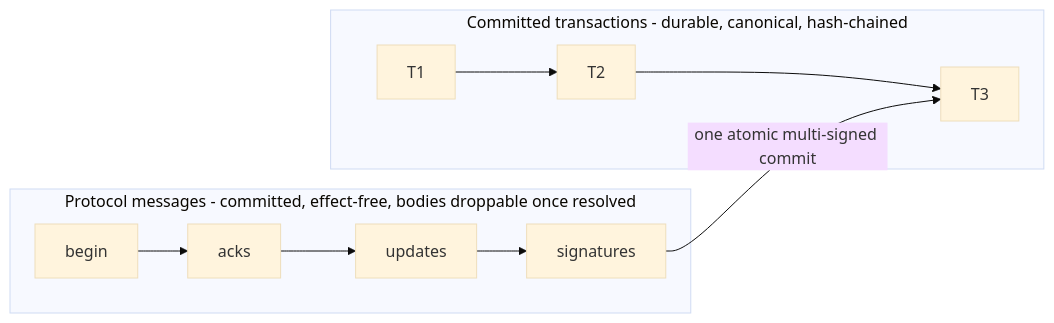
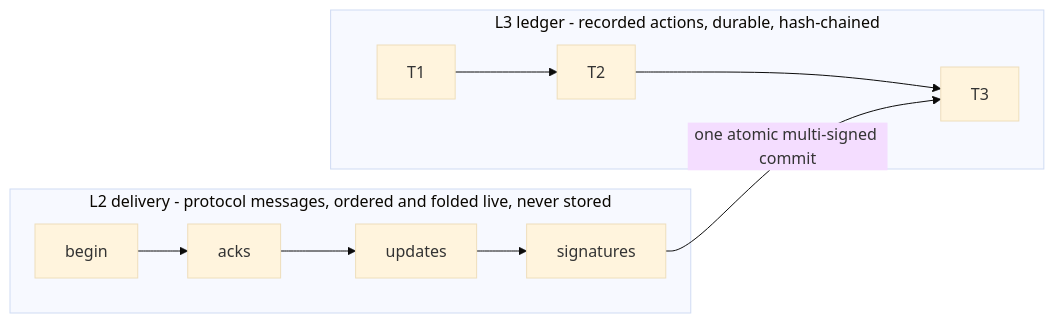
The second of 2 diagrams in docs/spec/data-plane.md (chughtapan/moltzap), drawn with Mermaid (base theme) before and after one commit. The commit also changed other lines of this file and 7 other files, not shown here.

````diff
--- a/docs/spec/data-plane.md
+++ b/docs/spec/data-plane.md
@@ -188,10 +188,10 @@
 ```mermaid
 flowchart LR
-  subgraph Rounds["Protocol messages - committed, effect-free, bodies droppable once resolved"]
+  subgraph Rounds["L2 delivery - protocol messages, ordered and folded live, never stored"]
     P[begin] --> K[acks] --> X[updates] --> S[signatures]
   end
-  subgraph Ledger["Committed transactions - durable, canonical, hash-chained"]
+  subgraph Ledger["L3 ledger - recorded actions, durable, hash-chained"]
     T1[T1] --> T2[T2] --> T3[T3]
   end
   S -- "one atomic multi-signed commit" --> T3
 ```
````
